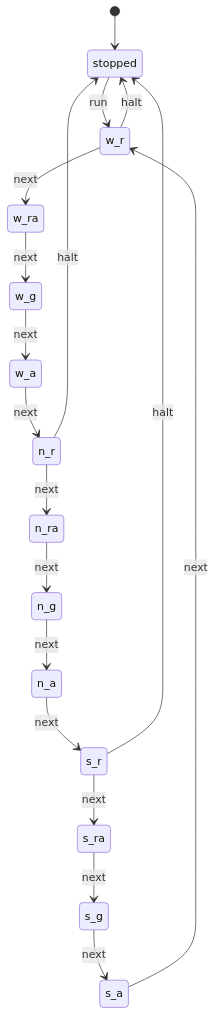
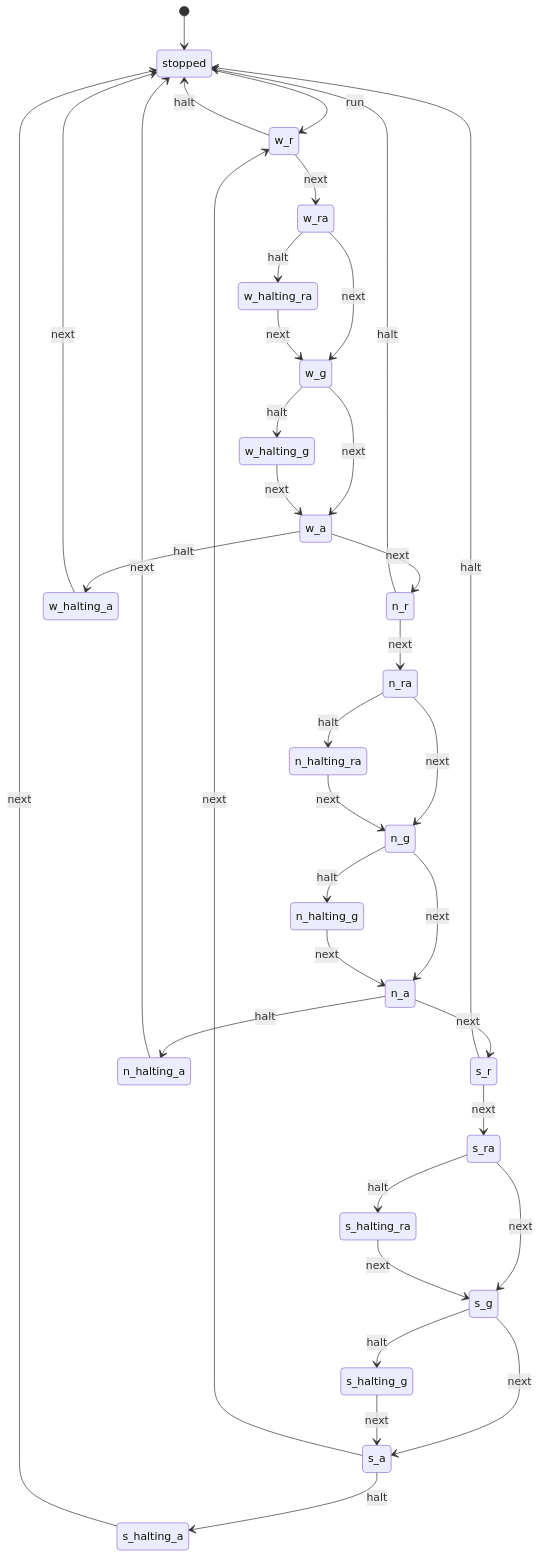
Before and after one commit to Janae024/E5-Assmt2-Traffic-Clojure: the diagram in doc/three-way.md, drawn with Mermaid. The commit also changed 2 other files, not shown here.

Commit message:
fixing halt chain in three way md cljc files

````diff
--- a/doc/three-way.md
+++ b/doc/three-way.md
@@ -17,26 +17,58 @@
 ```mermaid
+
 stateDiagram-v2
 
     [*] --> stopped
 
     stopped --> w_r : run
 
+    %% West cycle
     w_r --> w_ra : next
     w_ra --> w_g : next
     w_g --> w_a : next
     w_a --> n_r : next
 
+    %% North cycle
     n_r --> n_ra : next
     n_ra --> n_g : next
     n_g --> n_a : next
     n_a --> s_r : next
 
+    %% South cycle
     s_r --> s_ra : next
     s_ra --> s_g : next
     s_g --> s_a : next
     s_a --> w_r : next
 
+    %% Immediate halt from red states
     w_r --> stopped : halt
     n_r --> stopped : halt
     s_r --> stopped : halt
+
+    %% Safe halt from west cycle
+    w_ra --> w_halting_ra : halt
+    w_g --> w_halting_g : halt
+    w_a --> w_halting_a : halt
+
+    w_halting_ra --> w_g : next
+    w_halting_g --> w_a : next    
+    w_halting_a --> stopped : next
+
+    %% Safe halt from north cycle    
+    n_ra --> n_halting_ra : halt
+    n_g --> n_halting_g : halt   
+    n_a --> n_halting_a : halt
+
+    n_halting_ra --> n_g : next
+    n_halting_g --> n_a : next
+    n_halting_a --> stopped : next
+
+    %% Safe halt from south cycle
+    s_ra --> s_halting_ra : halt    
+    s_g --> s_halting_g : halt
+    s_a --> s_halting_a : halt
+
+    s_halting_ra --> s_g: next
+    s_halting_g --> s_a : next
+    s_halting_a --> stopped : next
 ```
````
